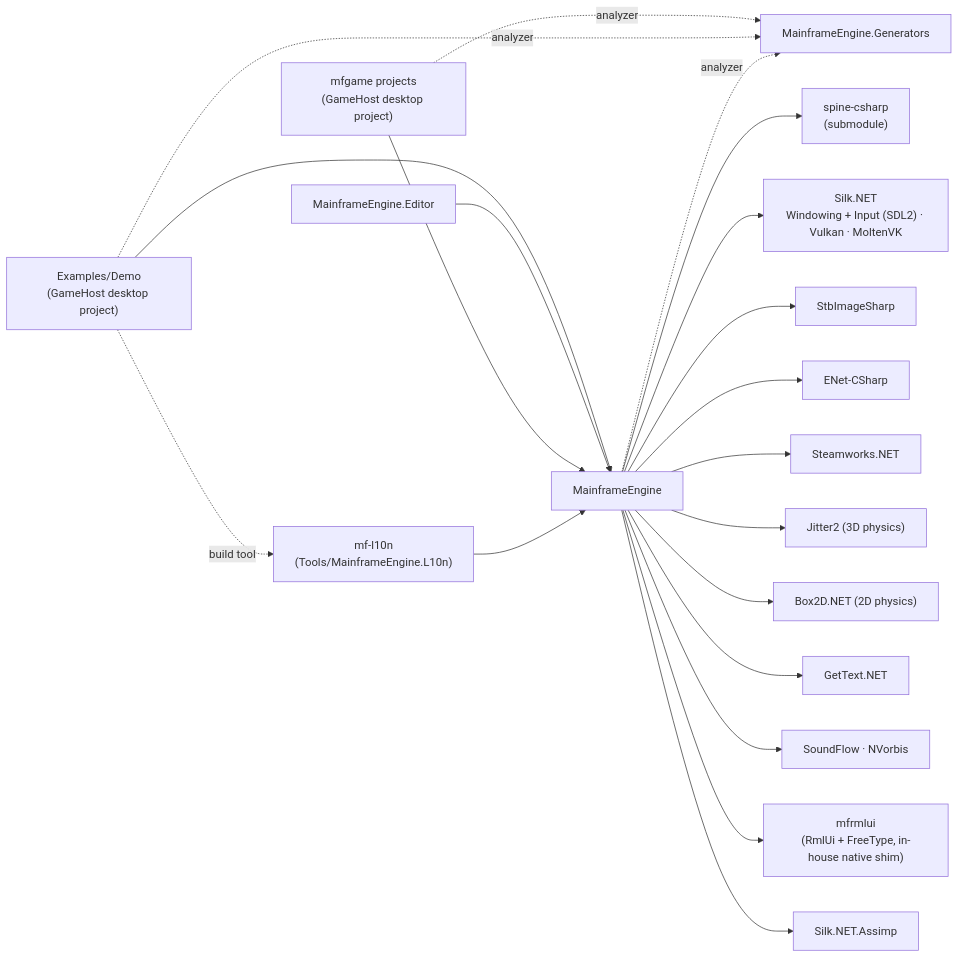
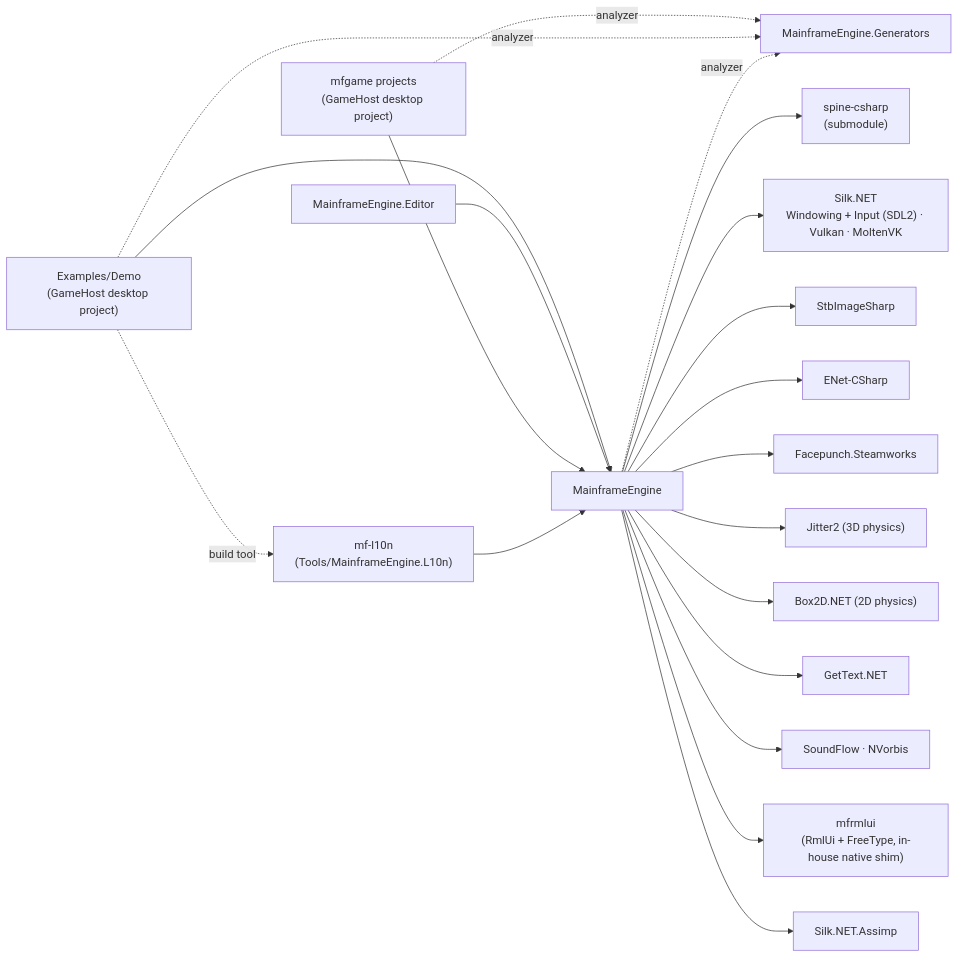
One commit to Mainframe-Games/mainframe-engine changed the diagram in docs/design/architecture-overview.md. Above: the diagram before and after it, drawn with Mermaid. The commit also changed 51 other files, not shown here.

First line of the commit message:
Steam on Windows/macOS/Linux via Facepunch.Steamworks; player builds from the NuGet package (#48) (#60)

````diff
--- a/docs/design/architecture-overview.md
+++ b/docs/design/architecture-overview.md
@@ -63,22 +63,22 @@
 ```mermaid
 flowchart LR
     Demo["Examples/Demo<br/>(GameHost desktop project)"] --> Engine["MainframeEngine"]
     Editor["MainframeEngine.Editor"] --> Engine
     Game["mfgame projects<br/>(GameHost desktop project)"] --> Engine
     Game -. analyzer .-> Gen
     Demo -. analyzer .-> Gen["MainframeEngine.Generators"]
     Demo -. build tool .-> L10n["mf-l10n<br/>(Tools/MainframeEngine.L10n)"]
     L10n --> Engine
     Engine -. analyzer .-> Gen
     Engine --> SpineRT["spine-csharp<br/>(submodule)"]
     Engine --> Silk["Silk.NET<br/>Windowing + Input (SDL2) · Vulkan · MoltenVK"]
     Engine --> Stb["StbImageSharp"]
     Engine --> ENet["ENet-CSharp"]
-    Engine --> Steam["Steamworks.NET"]
+    Engine --> Steam["Facepunch.Steamworks"]
     Engine --> Jitter["Jitter2 (3D physics)"]
     Engine --> Box2D["Box2D.NET (2D physics)"]
     Engine --> GetText["GetText.NET"]
     Engine --> Audio["SoundFlow · NVorbis"]
     Engine --> Rml["mfrmlui<br/>(RmlUi + FreeType, in-house native shim)"]
     Engine --> Assimp["Silk.NET.Assimp"]
 ```
````
